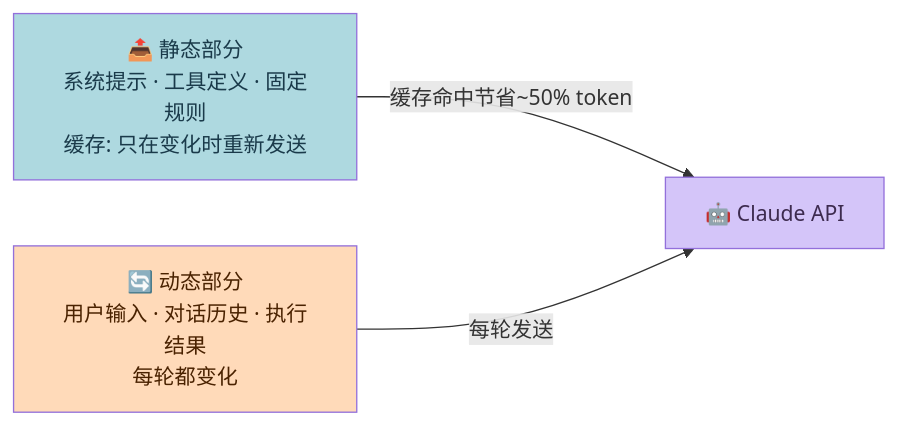
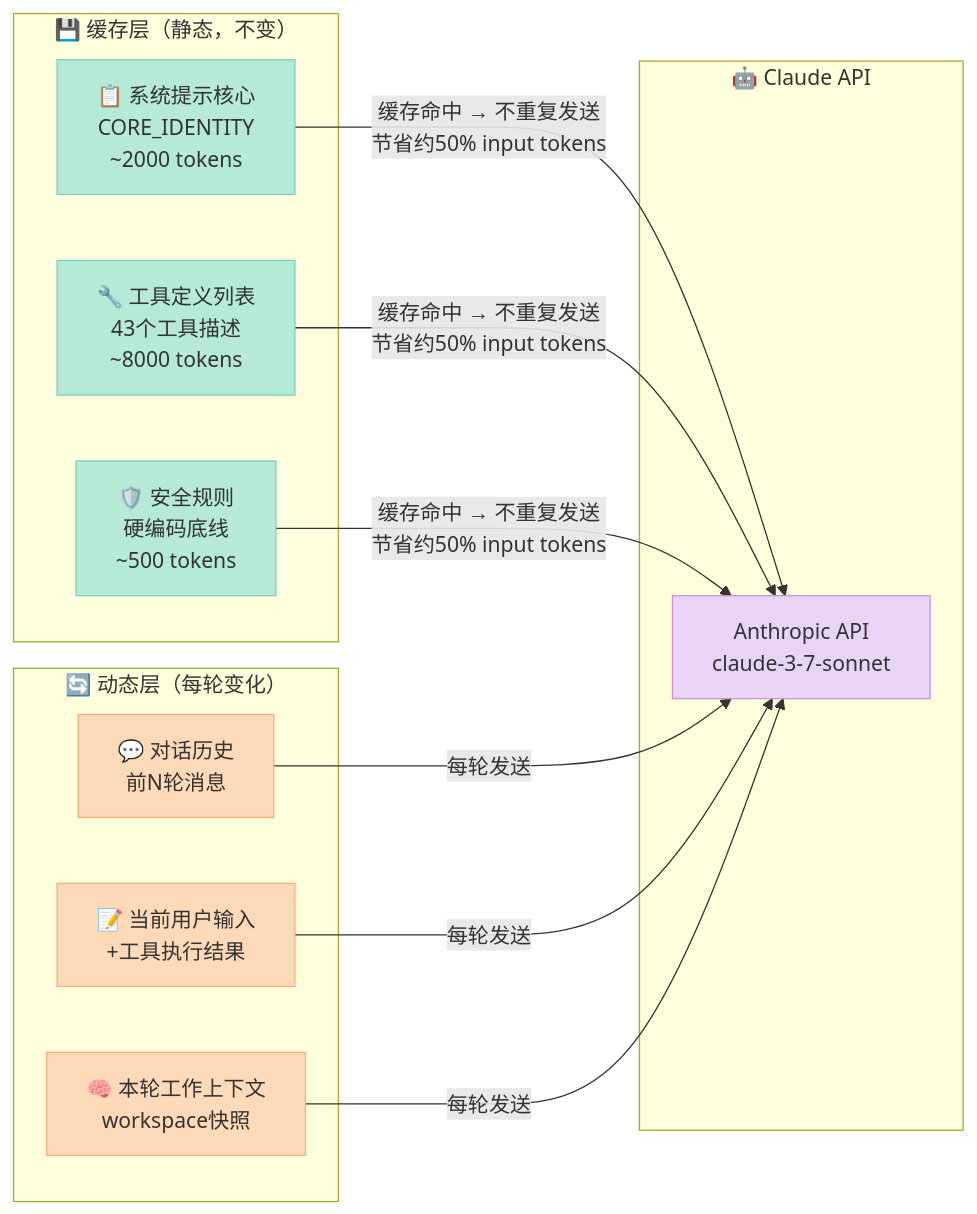
One commit to xuqi2024/xuqi2024.github.io changed the fifth of 6 diagrams in source/_posts/2026-04-15-claude-code-source-analysis.md. Above: the diagram before and after it, drawn with Mermaid. The commit also changed other lines of this file and 23 other files, not shown here.

````diff
--- a/source/_posts/2026-04-15-claude-code-source-analysis.md
+++ b/source/_posts/2026-04-15-claude-code-source-analysis.md
@@ -282,13 +513,27 @@
 ```mermaid
 graph LR
-    PS["📤 静态部分<br/>系统提示 · 工具定义 · 固定规则<br/>缓存: 只在变化时重新发送"]
-    PD["🔄 动态部分<br/>用户输入 · 对话历史 · 执行结果<br/>每轮都变化"]
-    API["🤖 Claude API"]
+    subgraph "💾 缓存层（静态，不变）"
+        S1["📋 系统提示核心<br/>CORE_IDENTITY<br/>~2000 tokens"]
+        S2["🔧 工具定义列表<br/>43个工具描述<br/>~8000 tokens"]
+        S3["🛡️ 安全规则<br/>硬编码底线<br/>~500 tokens"]
+    end
+    subgraph "🔄 动态层（每轮变化）"
+        D1["💬 对话历史<br/>前N轮消息"]
+        D2["📝 当前用户输入<br/>+工具执行结果"]
+        D3["🧠 本轮工作上下文<br/>workspace快照"]
+    end
+    subgraph "🤖 Claude API"
+        API["Anthropic API<br/>claude-3-7-sonnet"]
+    end
 
-    PS -->|"缓存命中节省~50% token"| API
-    PD -->|"每轮发送"| API
+    S1 & S2 & S3 -->|"缓存命中 → 不重复发送<br/>节省约50% input tokens"| API
+    D1 & D2 & D3 -->|"每轮发送"| API
 
-    style PS fill:#AED9E0,color:#1A3A4A
-    style PD fill:#FFDAB9,color:#4A2200
-    style API fill:#D4C5F9,color:#3D2B4F
+    style S1 fill:#B5EAD7,stroke:#80CBC4,color:#333
+    style S2 fill:#B5EAD7,stroke:#80CBC4,color:#333
+    style S3 fill:#B5EAD7,stroke:#80CBC4,color:#333
+    style D1 fill:#FFDAB9,stroke:#FFAB76,color:#333
+    style D2 fill:#FFDAB9,stroke:#FFAB76,color:#333
+    style D3 fill:#FFDAB9,stroke:#FFAB76,color:#333
+    style API fill:#E8D5F5,stroke:#CE93D8,color:#333
 ```
````
